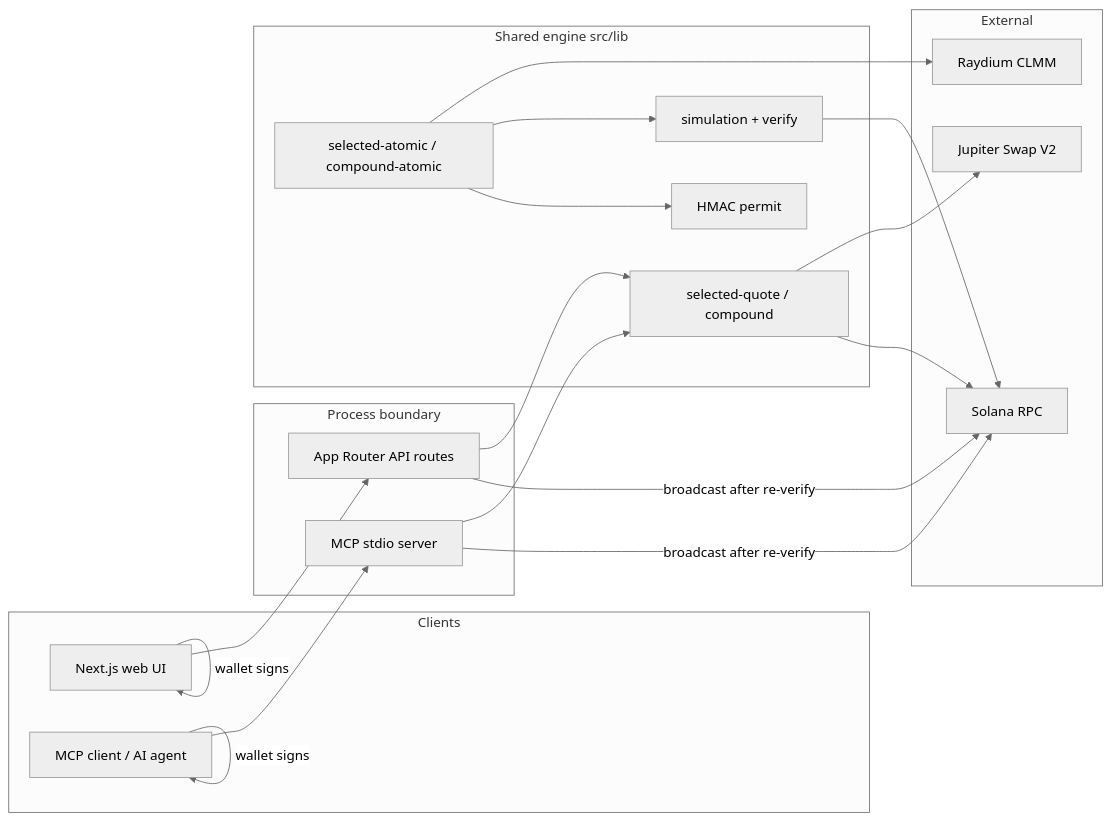
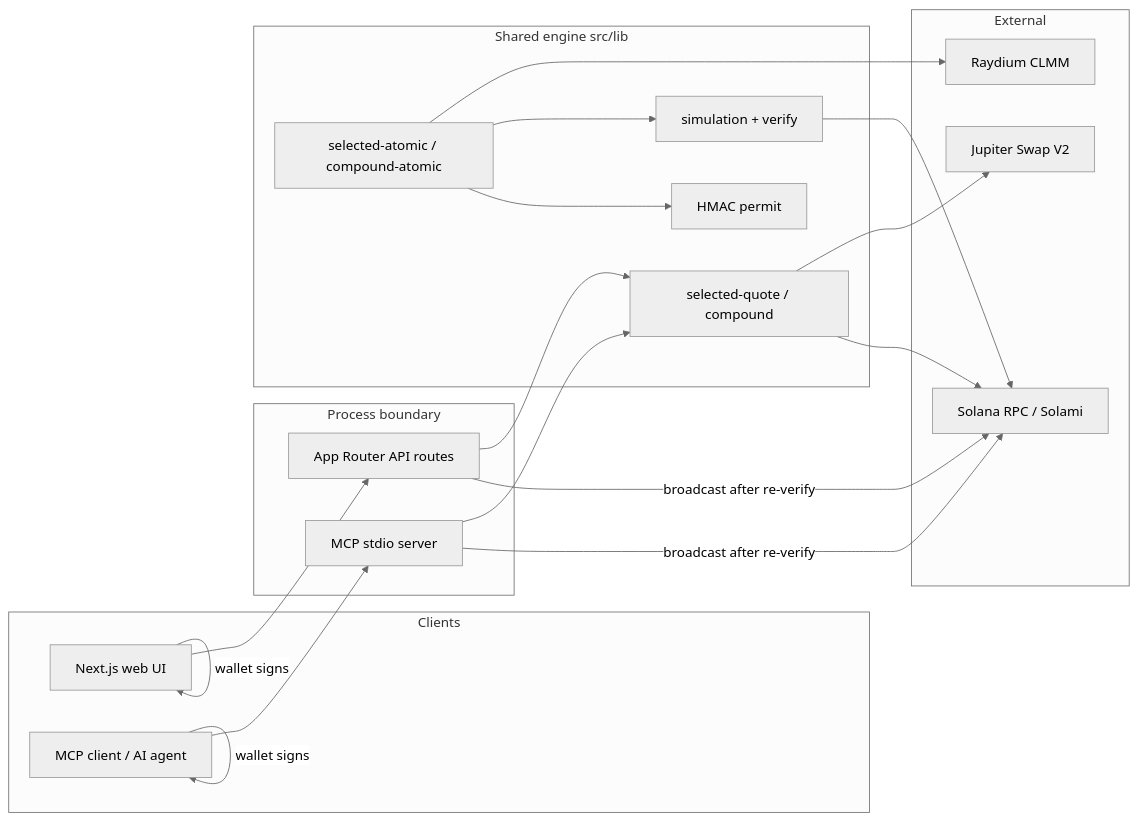
One commit to truenorth-lj/sofinance-public changed the diagram in README.md. Above: the diagram before and after it, drawn with Mermaid (neutral theme). The commit also changed other lines of this file and 10 other files, not shown here.

First line of the commit message:
Use Solami RPC and batched history for position performance.

````diff
--- a/README.md
+++ b/README.md
@@ -185,36 +217,36 @@
 ```mermaid
 flowchart LR
   subgraph clients [Clients]
     Web[Next.js web UI]
     Agent[MCP client / AI agent]
   end
   subgraph edge [Process boundary]
     API[App Router API routes]
     MCP[MCP stdio server]
   end
   subgraph engine ["Shared engine src/lib"]
     Quote[selected-quote / compound]
     Atomic[selected-atomic / compound-atomic]
     Sim[simulation + verify]
     Permit[HMAC permit]
   end
   subgraph external [External]
-    RPC[Solana RPC]
+    RPC[Solana RPC / Solami]
     Jup[Jupiter Swap V2]
     Ray[Raydium CLMM]
   end
   Web --> API
   Agent --> MCP
   API --> Quote
   MCP --> Quote
   Quote --> Jup
   Quote --> RPC
   Atomic --> Ray
   Atomic --> Sim
   Sim --> RPC
   Atomic --> Permit
   Web -->|wallet signs| Web
   Agent -->|wallet signs| Agent
   API -->|broadcast after re-verify| RPC
   MCP -->|broadcast after re-verify| RPC
 ```
````
